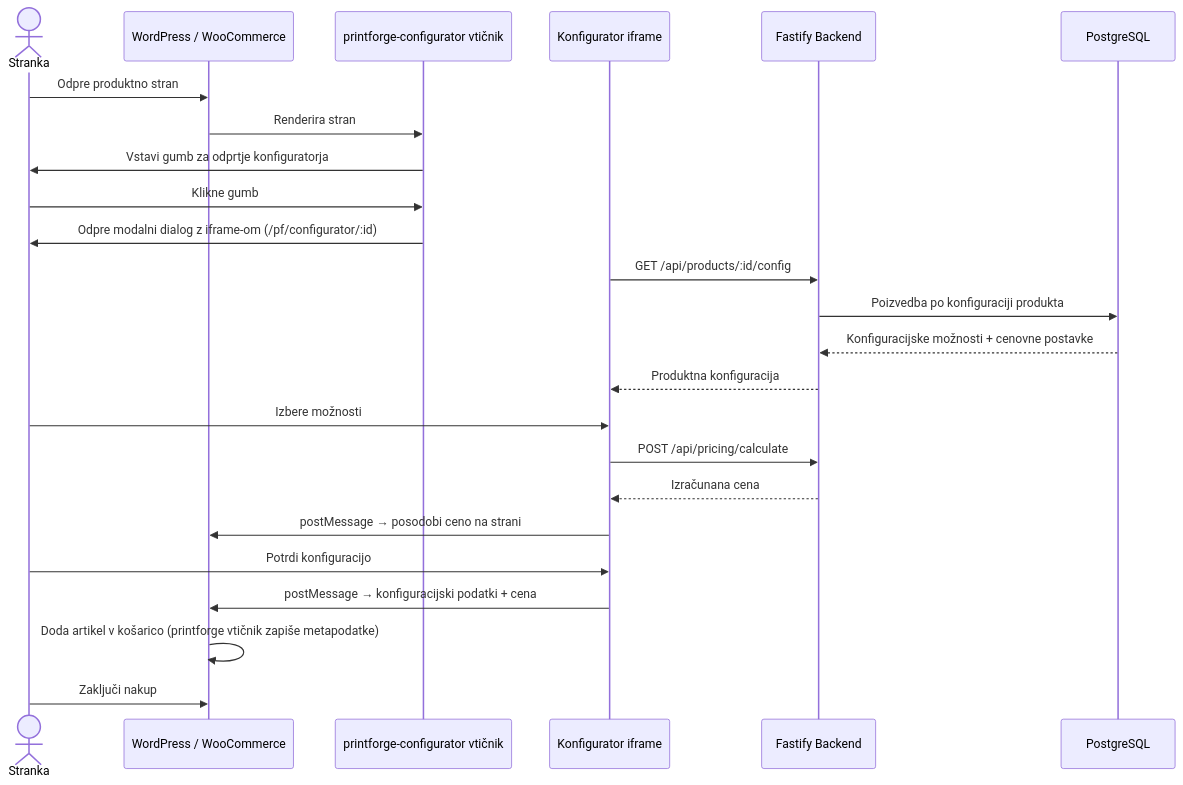
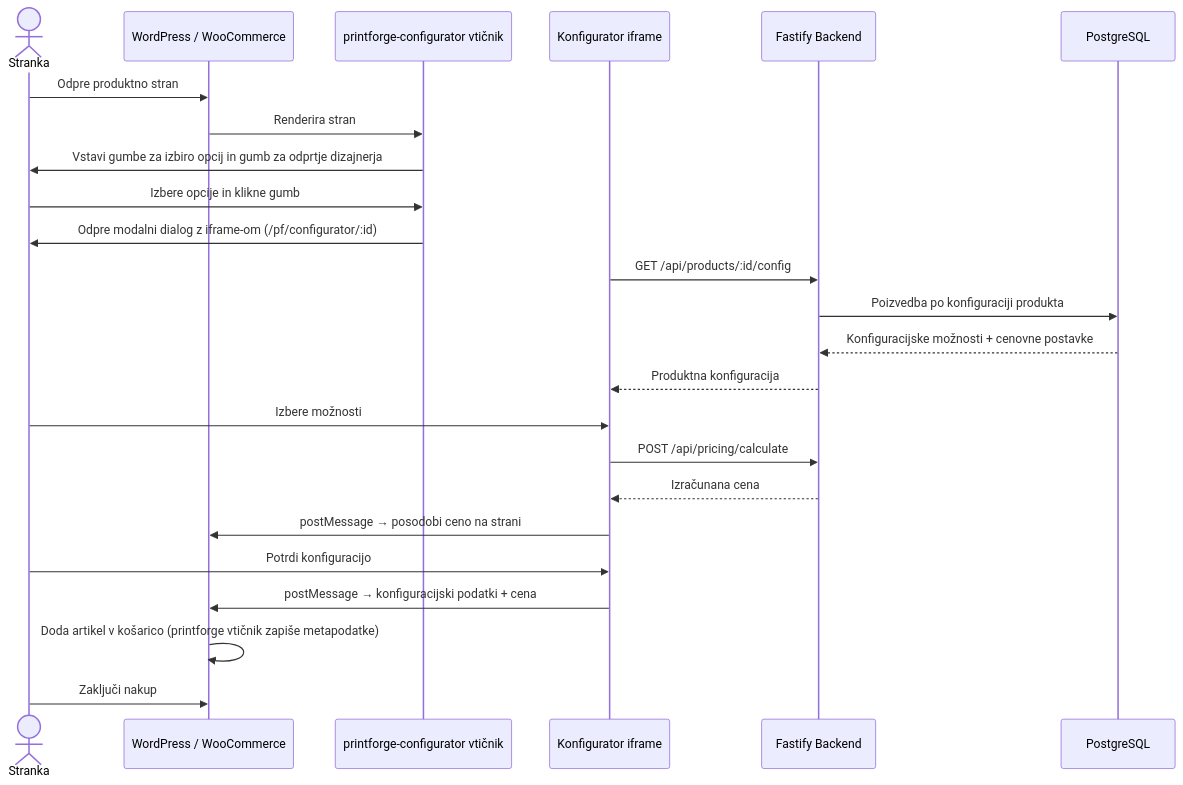
The ninth of 19 diagrams in README.md (neoxk/printforge), drawn with Mermaid before and after one commit. The commit also changed other lines of this file, not shown here.

````diff
--- a/README.md
+++ b/README.md
@@ -416,31 +418,31 @@
 ```mermaid
 sequenceDiagram
     actor Stranka
     participant WC as WordPress / WooCommerce
     participant Plugin as printforge-configurator vtičnik
     participant Iframe as Konfigurator iframe
     participant Backend as Fastify Backend
     participant DB as PostgreSQL
 
     Stranka->>WC: Odpre produktno stran
     WC->>Plugin: Renderira stran
-    Plugin->>Stranka: Vstavi gumb za odprtje konfiguratorja
+    Plugin->>Stranka: Vstavi gumbe za izbiro opcij in gumb za odprtje dizajnerja
 
-    Stranka->>Plugin: Klikne gumb
+    Stranka->>Plugin: Izbere opcije in klikne gumb
     Plugin->>Stranka: Odpre modalni dialog z iframe-om (/pf/configurator/:id)
 
     Iframe->>Backend: GET /api/products/:id/config
     Backend->>DB: Poizvedba po konfiguraciji produkta
     DB-->>Backend: Konfiguracijske možnosti + cenovne postavke
     Backend-->>Iframe: Produktna konfiguracija
 
     Stranka->>Iframe: Izbere možnosti
     Iframe->>Backend: POST /api/pricing/calculate
     Backend-->>Iframe: Izračunana cena
     Iframe->>WC: postMessage → posodobi ceno na strani
 
     Stranka->>Iframe: Potrdi konfiguracijo
     Iframe->>WC: postMessage → konfiguracijski podatki + cena
     WC->>WC: Doda artikel v košarico (printforge vtičnik zapiše metapodatke)
     Stranka->>WC: Zaključi nakup
 ```
````
